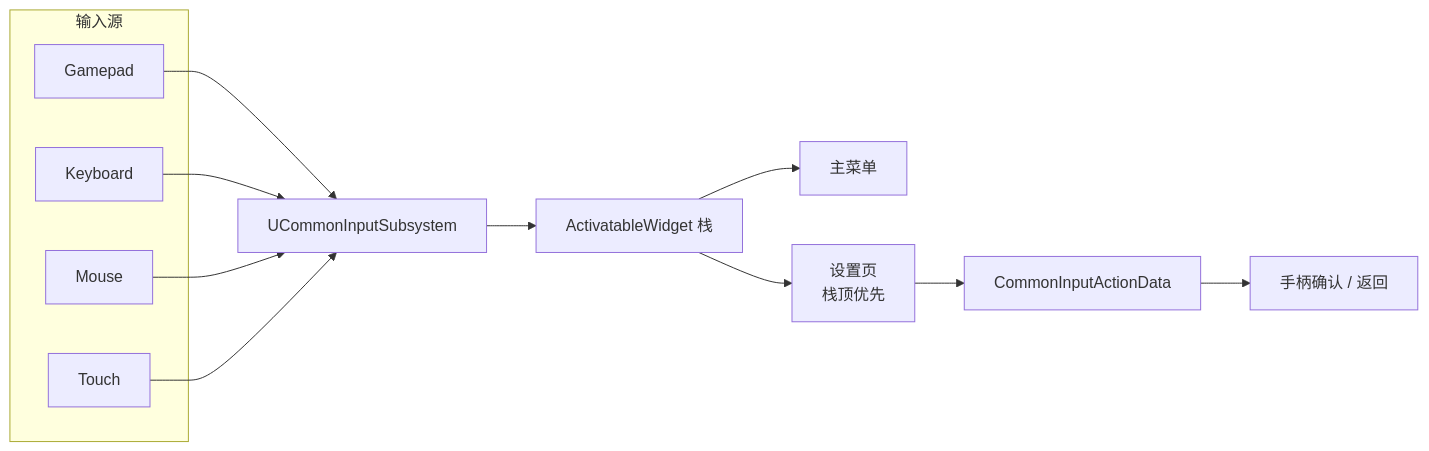
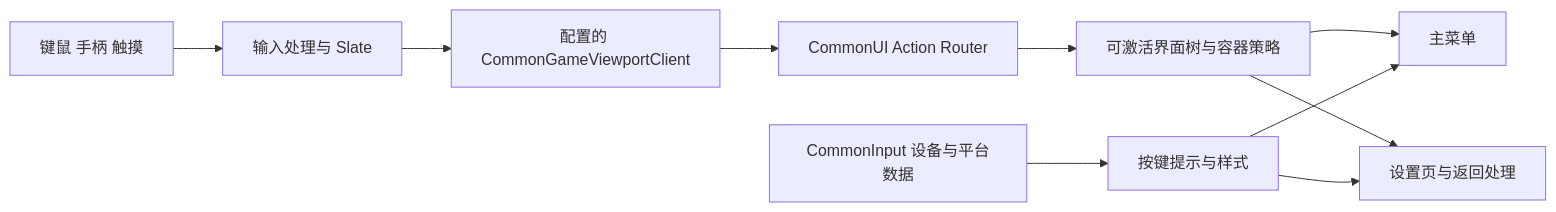
The sixth of 7 diagrams in 知识/05-Gameplay与交互系统/界面设置与无障碍/01-UMG框架与控件系统.md (fantuan812/learning), drawn with Mermaid before and after one commit. The commit also changed other lines of this file and 1 other file, not shown here.

````diff
--- a/知识/05-Gameplay与交互系统/界面设置与无障碍/01-UMG框架与控件系统.md
+++ b/知识/05-Gameplay与交互系统/界面设置与无障碍/01-UMG框架与控件系统.md
@@ -271,18 +435,12 @@
 ```mermaid
 flowchart LR
-    subgraph 输入源
-        PAD[Gamepad]
-        KB[Keyboard]
-        MOUSE[Mouse]
-        TOUCH[Touch]
-    end
-    PAD --> INPUT[UCommonInputSubsystem]
-    KB --> INPUT
-    MOUSE --> INPUT
-    TOUCH --> INPUT
-    INPUT --> STACK[ActivatableWidget 栈]
-    STACK --> W1[主菜单]
-    STACK --> W2[设置页<br/>栈顶优先]
-    W2 --> ACTION[CommonInputActionData]
-    ACTION --> H[手柄确认 / 返回]
+    I[键鼠 手柄 触摸] --> P[输入处理与 Slate]
+    P --> V[配置的 CommonGameViewportClient]
+    V --> R[CommonUI Action Router]
+    R --> T[可激活界面树与容器策略]
+    T --> M[主菜单]
+    T --> S[设置页与返回处理]
+    C[CommonInput 设备与平台数据] --> H[按键提示与样式]
+    H --> M
+    H --> S
 ```
````
